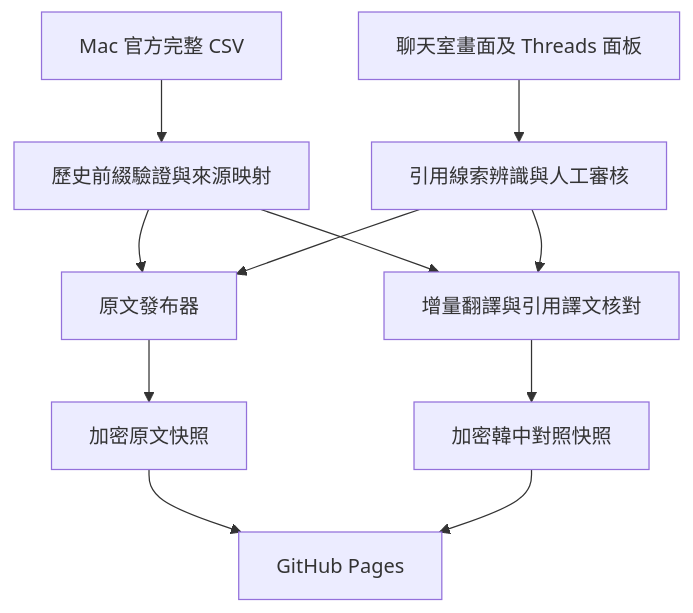
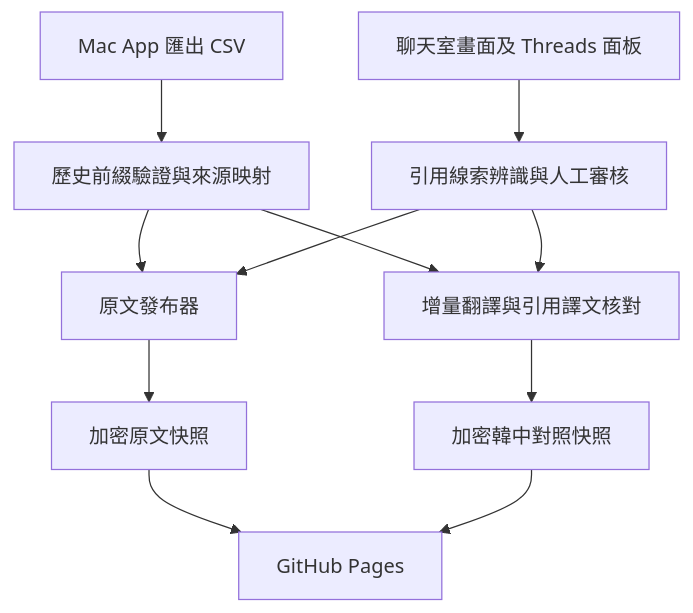
The diagram in bestie/kakaotalk/docs/WORKFLOW.md (harrylin0312/tool), drawn with Mermaid before and after one commit. The commit also changed other lines of this file and 5 other files, not shown here.

Commit message:
Document R4 incremental extraction benchmarks and architecture

````diff
--- a/bestie/kakaotalk/docs/WORKFLOW.md
+++ b/bestie/kakaotalk/docs/WORKFLOW.md
@@ -7,13 +7,13 @@
 ```mermaid
 flowchart TD
- A[Mac 官方完整 CSV] --> C[歷史前綴驗證與來源映射]
+ A[Mac App 匯出 CSV] --> C[歷史前綴驗證與來源映射]
  B[聊天室畫面及 Threads 面板] --> D[引用線索辨識與人工審核]
  C --> E[原文發布器]
  D --> E
  E --> F[加密原文快照]
  C --> G[增量翻譯與引用譯文核對]
  D --> G
  G --> H[加密韓中對照快照]
  F --> I[GitHub Pages]
  H --> I
 ```
````
